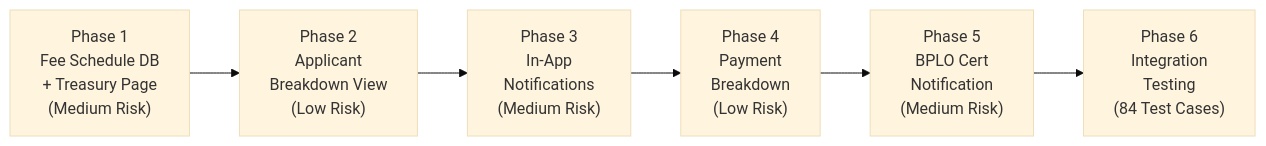
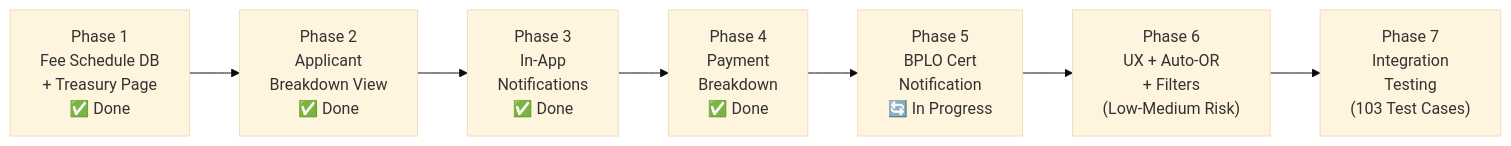
Before and after one commit to albuerocedrick/ebpls: the diagram in system-planning/eBPLS_July2026_Adviser_Changes_Implementation_Plan.md, drawn with Mermaid (base theme). The commit also changed other lines of this file and 4 other files, not shown here.

Commit message:
feat(notifications): implement full status transition notifications (Phase 6.1)

````diff
--- a/system-planning/eBPLS_July2026_Adviser_Changes_Implementation_Plan.md
+++ b/system-planning/eBPLS_July2026_Adviser_Changes_Implementation_Plan.md
@@ -986,8 +1217,9 @@
 ```mermaid
 graph LR
-    P1["Phase 1\nFee Schedule DB\n+ Treasury Page\n(Medium Risk)"] --> P2["Phase 2\nApplicant\nBreakdown View\n(Low Risk)"]
-    P2 --> P3["Phase 3\nIn-App\nNotifications\n(Medium Risk)"]
-    P3 --> P4["Phase 4\nPayment\nBreakdown\n(Low Risk)"]
-    P4 --> P5["Phase 5\nBPLO Cert\nNotification\n(Medium Risk)"]
-    P5 --> P6["Phase 6\nIntegration\nTesting\n(84 Test Cases)"]
+    P1["Phase 1\nFee Schedule DB\n+ Treasury Page\n✅ Done"] --> P2["Phase 2\nApplicant\nBreakdown View\n✅ Done"]
+    P2 --> P3["Phase 3\nIn-App\nNotifications\n✅ Done"]
+    P3 --> P4["Phase 4\nPayment\nBreakdown\n✅ Done"]
+    P4 --> P5["Phase 5\nBPLO Cert\nNotification\n🔄 In Progress"]
+    P5 --> P6["Phase 6\nUX + Auto-OR\n+ Filters\n(Low-Medium Risk)"]
+    P6 --> P7["Phase 7\nIntegration\nTesting\n(103 Test Cases)"]
 ```
````
